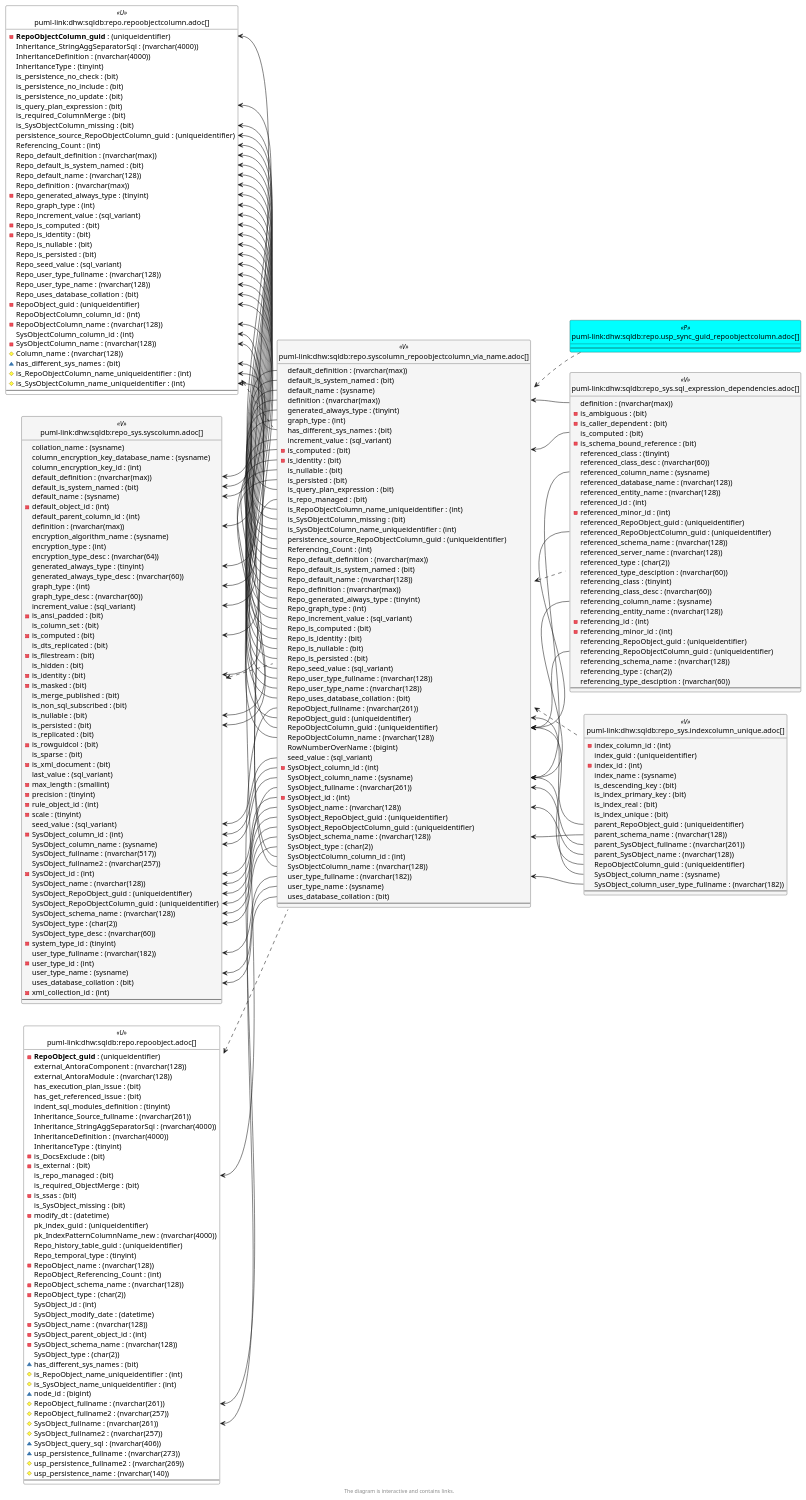
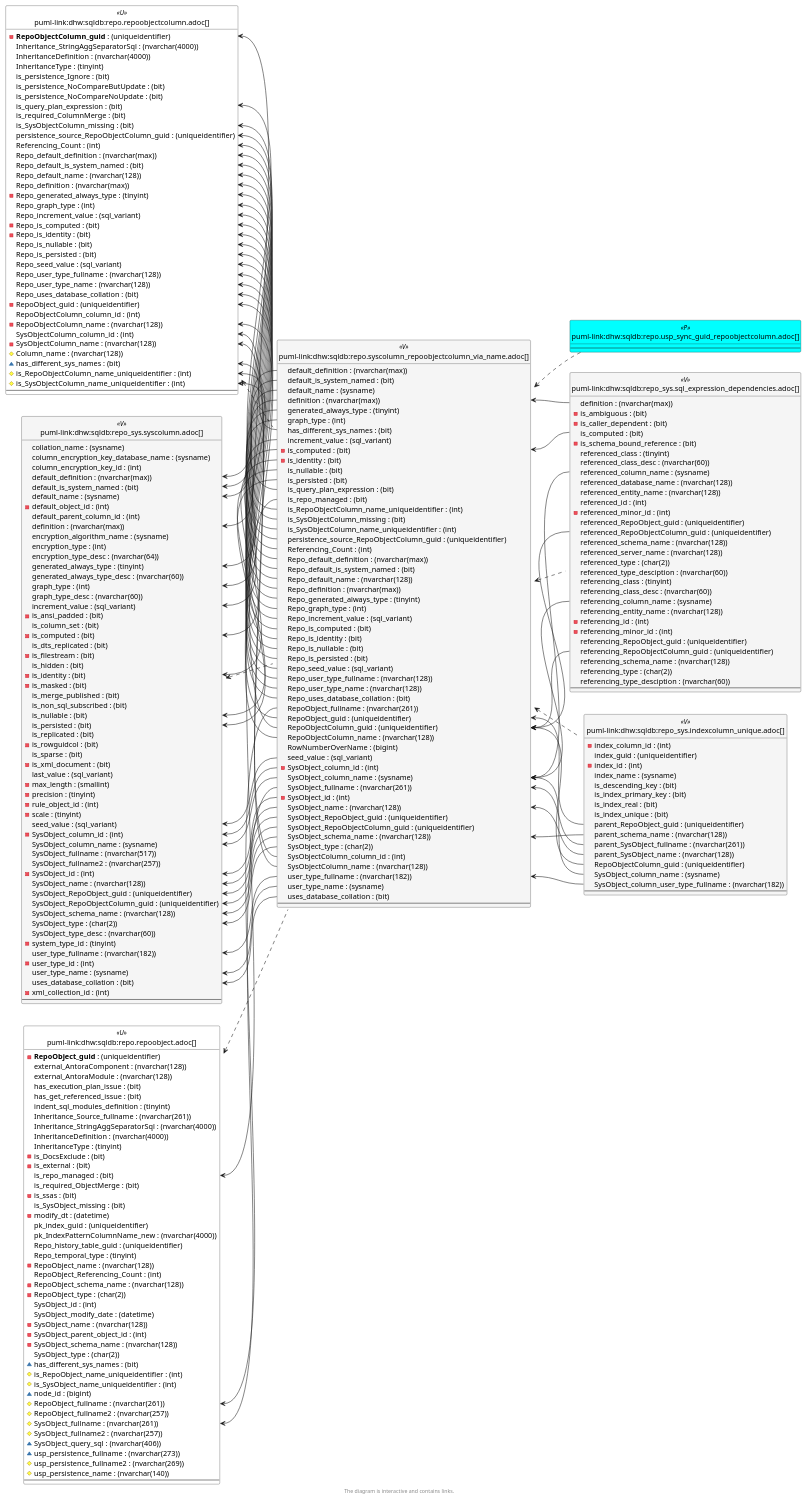
One commit to DataHandwerk/dhw-antora-sqldb changed the sixth of 6 diagrams in docs/modules/sqldb/partials/content/repo.syscolumn_repoobjectcolumn_via_name.adoc. Above: the diagram before and after it, drawn with PlantUML. The commit also changed other lines of this file and 751 other files, not shown here.

```diff
--- a/docs/modules/sqldb/partials/content/repo.syscolumn_repoobjectcolumn_via_name.adoc
+++ b/docs/modules/sqldb/partials/content/repo.syscolumn_repoobjectcolumn_via_name.adoc
@@ -4017,9 +4025,9 @@
   Inheritance_StringAggSeparatorSql : (nvarchar(4000))
   InheritanceDefinition : (nvarchar(4000))
   InheritanceType : (tinyint)
-  is_persistence_no_check : (bit)
-  is_persistence_no_include : (bit)
-  is_persistence_no_update : (bit)
+  is_persistence_Ignore : (bit)
+  is_persistence_NoCompareButUpdate : (bit)
+  is_persistence_NoCompareNoUpdate : (bit)
   is_query_plan_expression : (bit)
   is_required_ColumnMerge : (bit)
   is_SysObjectColumn_missing : (bit)
@@ -4269,8 +4277,8 @@
 "repo.SysColumn_RepoObjectColumn_via_name::RepoObjectColumn_guid" <-- "repo_sys.sql_expression_dependencies::referenced_RepoObjectColumn_guid"
 "repo.SysColumn_RepoObjectColumn_via_name::RepoObjectColumn_guid" <-- "repo_sys.sql_expression_dependencies::referencing_RepoObjectColumn_guid"
 "repo.SysColumn_RepoObjectColumn_via_name::SysObject_column_name" <-- "repo_sys.sql_expression_dependencies::referenced_column_name"
+"repo.SysColumn_RepoObjectColumn_via_name::SysObject_column_name" <-- "repo_sys.sql_expression_dependencies::referencing_column_name"
 "repo.SysColumn_RepoObjectColumn_via_name::SysObject_column_name" <-- "repo_sys.IndexColumn_unique::SysObject_column_name"
-"repo.SysColumn_RepoObjectColumn_via_name::SysObject_column_name" <-- "repo_sys.sql_expression_dependencies::referencing_column_name"
 "repo.SysColumn_RepoObjectColumn_via_name::SysObject_fullname" <-- "repo_sys.IndexColumn_unique::parent_SysObject_fullname"
 "repo.SysColumn_RepoObjectColumn_via_name::SysObject_name" <-- "repo_sys.IndexColumn_unique::parent_SysObject_name"
 "repo.SysColumn_RepoObjectColumn_via_name::SysObject_schema_name" <-- "repo_sys.IndexColumn_unique::parent_schema_name"
```
